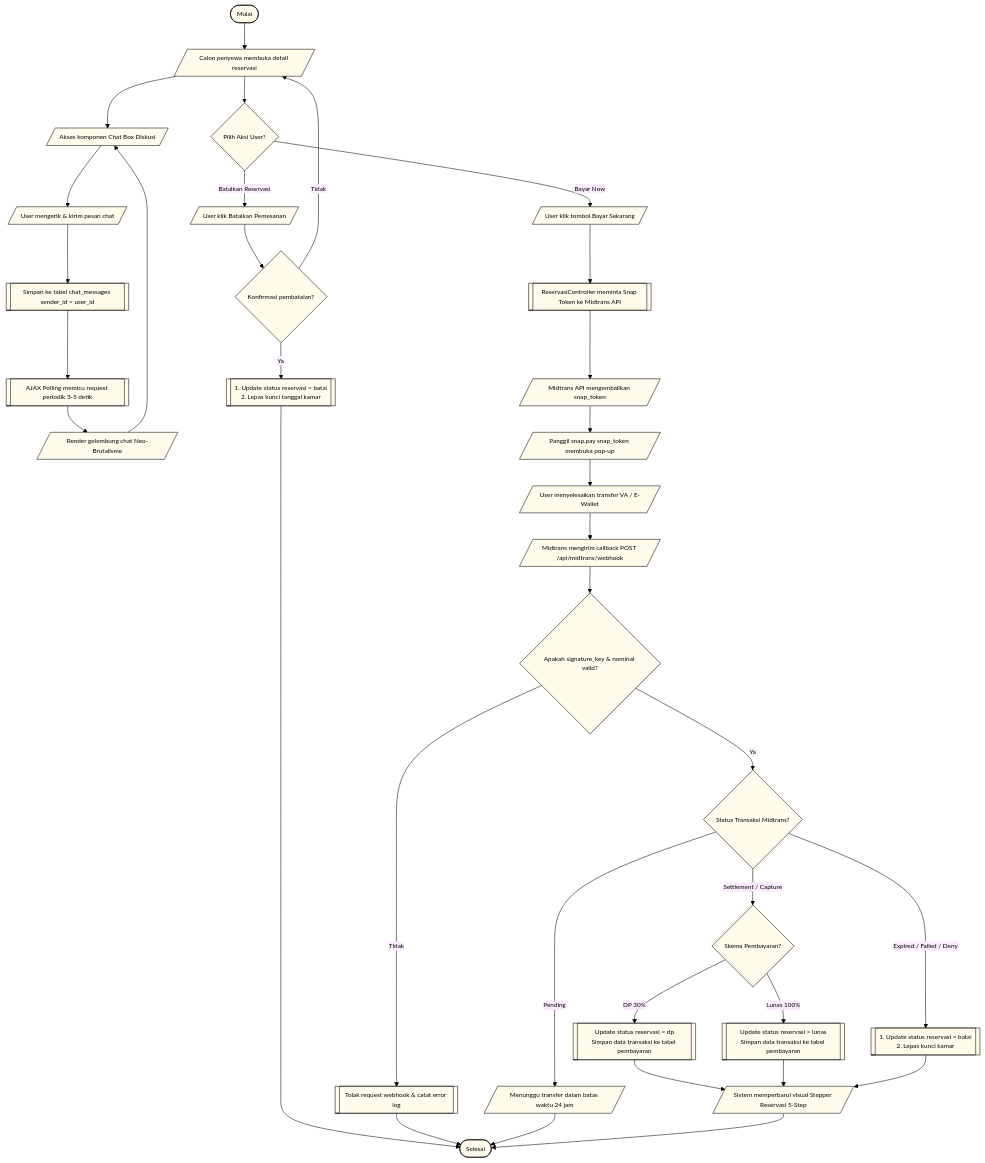
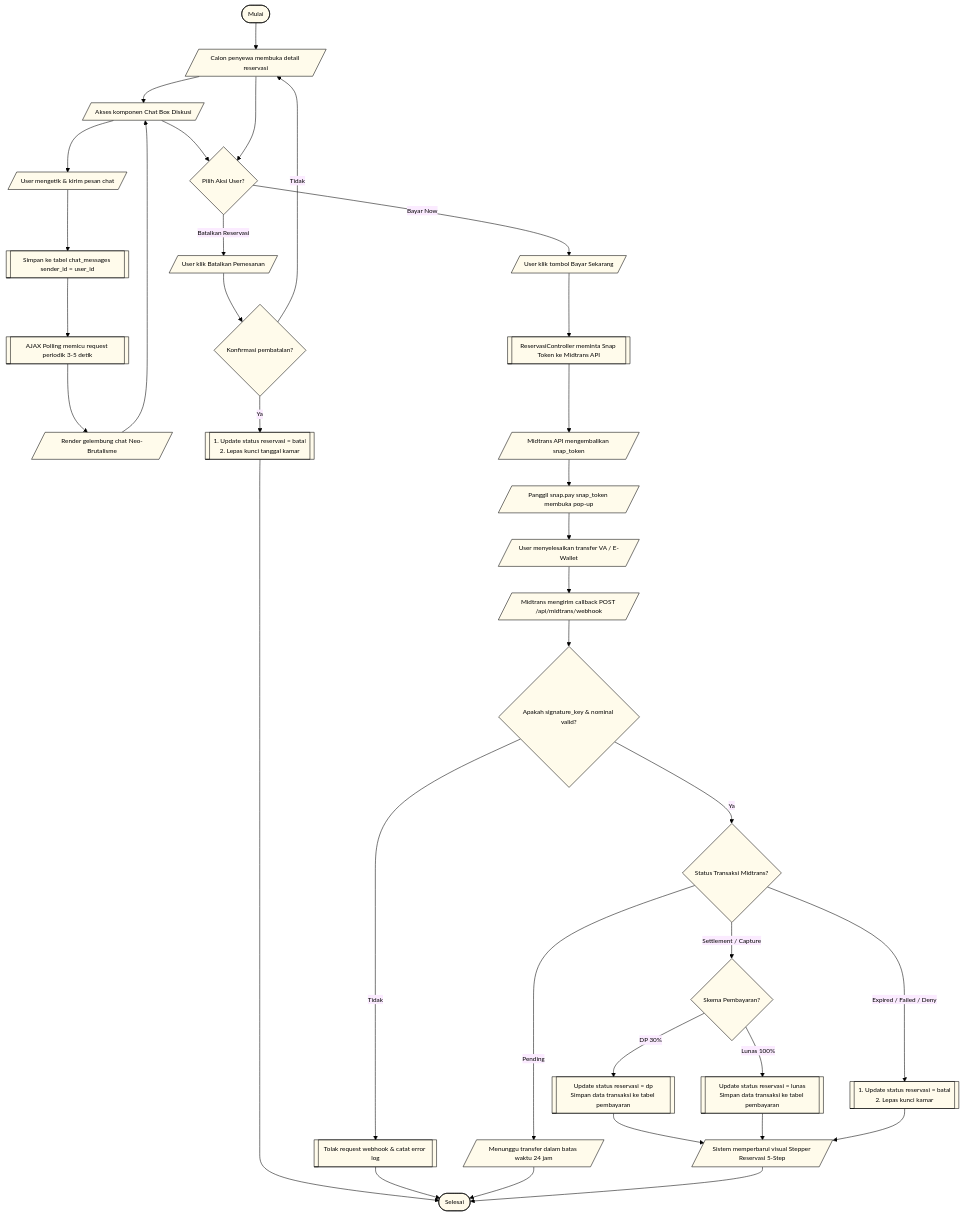
Before and after one commit to rafifarsyapradiva/asri-boarding-house: the diagram in Blueprint/flowchart/alur_reservasi_pembayaran.mmd, drawn with Mermaid. The commit also changed 40 other files, not shown here.

Commit message:
docs(flowchart): audit ISO 5807, eliminasi dead-end & loop, diagram alur keputusan terpadu, dan update blueprint v238.0

```diff
--- a/Blueprint/flowchart/alur_reservasi_pembayaran.mmd
+++ b/Blueprint/flowchart/alur_reservasi_pembayaran.mmd
@@ -1,56 +1,58 @@
 %%{init: {
   'theme': 'base',
   'themeVariables': {
     'primaryColor': '#FFFBEB',
     'primaryTextColor': '#000000',
     'primaryBorderColor': '#000000',
     'lineColor': '#000000',
     'fontSize': '12px',
     'fontFamily': 'Inter, system-ui, sans-serif'
   }
 }}%%
 flowchart TD
     Start([Mulai]) --> BukaDetailReservasi[/Calon penyewa membuka detail reservasi/]
     
     BukaDetailReservasi --> ChatSection[/Akses komponen Chat Box Diskusi/]
     ChatSection --> KirimPesan[/User mengetik & kirim pesan chat/]
     KirimPesan --> SimpanPesan[[Simpan ke tabel chat_messages sender_id = user_id]]
     SimpanPesan --> AJAXPolling[[AJAX Polling memicu request periodik 3-5 detik]]
     AJAXPolling --> RenderBubble[/Render gelembung chat Neo-Brutalisme/]
     RenderBubble --> ChatSection
     
-    BukaDetailReservasi --> PilihAksi{"Pilih Aksi User?"}
+    %% Exit gate dari Chat Box menuju tindakan reservasi %%
+    ChatSection --> PilihAksi{"Pilih Aksi User?"}
+    BukaDetailReservasi --> PilihAksi
     
     PilihAksi -- "Batalkan Reservasi" --> KlikBatal[/User klik Batalkan Pemesanan/]
     KlikBatal --> KonfirmasiBatal{"Konfirmasi pembatalan?"}
     KonfirmasiBatal -- "Tidak" --> BukaDetailReservasi
     KonfirmasiBatal -- "Ya" --> SetBatalUser[[1. Update status reservasi = batal<br>2. Lepas kunci tanggal kamar]]
     SetBatalUser --> Selesai([Selesai])
     
     PilihAksi -- "Bayar Now" --> KlikBayar[/User klik tombol Bayar Sekarang/]
     KlikBayar --> ReqSnapToken[[ReservasiController meminta Snap Token ke Midtrans API]]
     ReqSnapToken --> ReturnSnapToken[/Midtrans API mengembalikan snap_token/]
     ReturnSnapToken --> OpenSnapModal[/Panggil snap.pay snap_token membuka pop-up/]
     OpenSnapModal --> SelesaikanPembayaran[/User menyelesaikan transfer VA / E-Wallet/]
     
     SelesaikanPembayaran --> WebhookMidtrans[/Midtrans mengirim callback POST /api/midtrans/webhook/]
     WebhookMidtrans --> ValidasiSignature{"Apakah signature_key & nominal valid?"}
     
     ValidasiSignature -- "Tidak" --> RejectWebhook[[Tolak request webhook & catat error log]]
     RejectWebhook --> Selesai
     
     ValidasiSignature -- "Ya" --> EvaluasiStatusMidtrans{"Status Transaksi Midtrans?"}
     
     EvaluasiStatusMidtrans -- "Settlement / Capture" --> CekSkemaBayar{"Skema Pembayaran?"}
     CekSkemaBayar -- "DP 30%" --> SetStatusDP[[Update status reservasi = dp<br>Simpan data transaksi ke tabel pembayaran]]
     CekSkemaBayar -- "Lunas 100%" --> SetStatusLunas[[Update status reservasi = lunas<br>Simpan data transaksi ke tabel pembayaran]]
     
     EvaluasiStatusMidtrans -- "Pending" --> WaitStatus[/Menunggu transfer dalam batas waktu 24 jam/]
     WaitStatus --> Selesai
     
     EvaluasiStatusMidtrans -- "Expired / Failed / Deny" --> SetBatalSystem[[1. Update status reservasi = batal<br>2. Lepas kunci kamar]]
     
     SetStatusDP --> ReloadUI[/Sistem memperbarui visual Stepper Reservasi 5-Step/]
     SetStatusLunas --> ReloadUI
     SetBatalSystem --> ReloadUI
     ReloadUI --> Selesai
```
